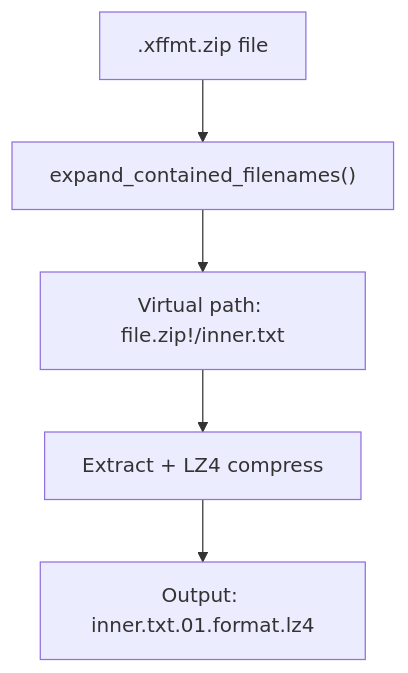
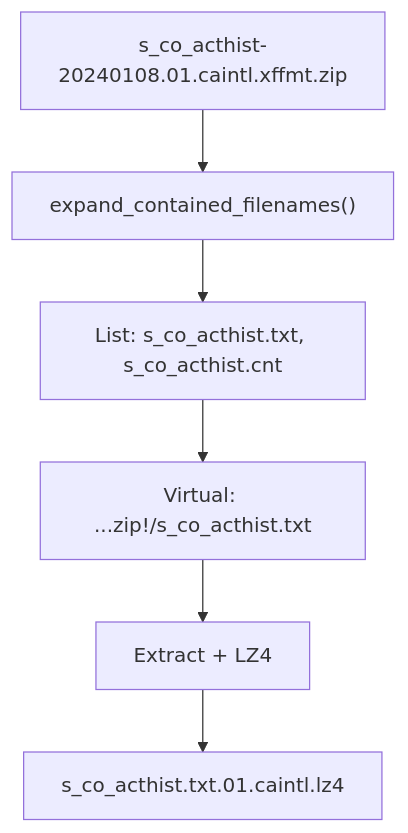
One commit to ThanuMahee12/AgentContext changed the diagram in docs/Claude/discussions/GicsDiscussion.md. Above: the diagram before and after it, drawn with Mermaid. The commit also changed other lines of this file, not shown here.

````diff
--- a/docs/Claude/discussions/GicsDiscussion.md
+++ b/docs/Claude/discussions/GicsDiscussion.md
@@ -13,7 +31,8 @@
 ```mermaid
 graph TD
-    A[".xffmt.zip file"] --> B["expand_contained_filenames()"]
-    B --> C["Virtual path: file.zip!/inner.txt"]
-    C --> D["Extract + LZ4 compress"]
-    D --> E["Output: inner.txt.01.format.lz4"]
+    A["s_co_acthist-20240108.01.caintl.xffmt.zip"] --> B["expand_contained_filenames()"]
+    B --> C["List: s_co_acthist.txt, s_co_acthist.cnt"]
+    C --> D["Virtual: ...zip!/s_co_acthist.txt"]
+    D --> E["Extract + LZ4"]
+    E --> F["s_co_acthist.txt.01.caintl.lz4"]
 ```
````
